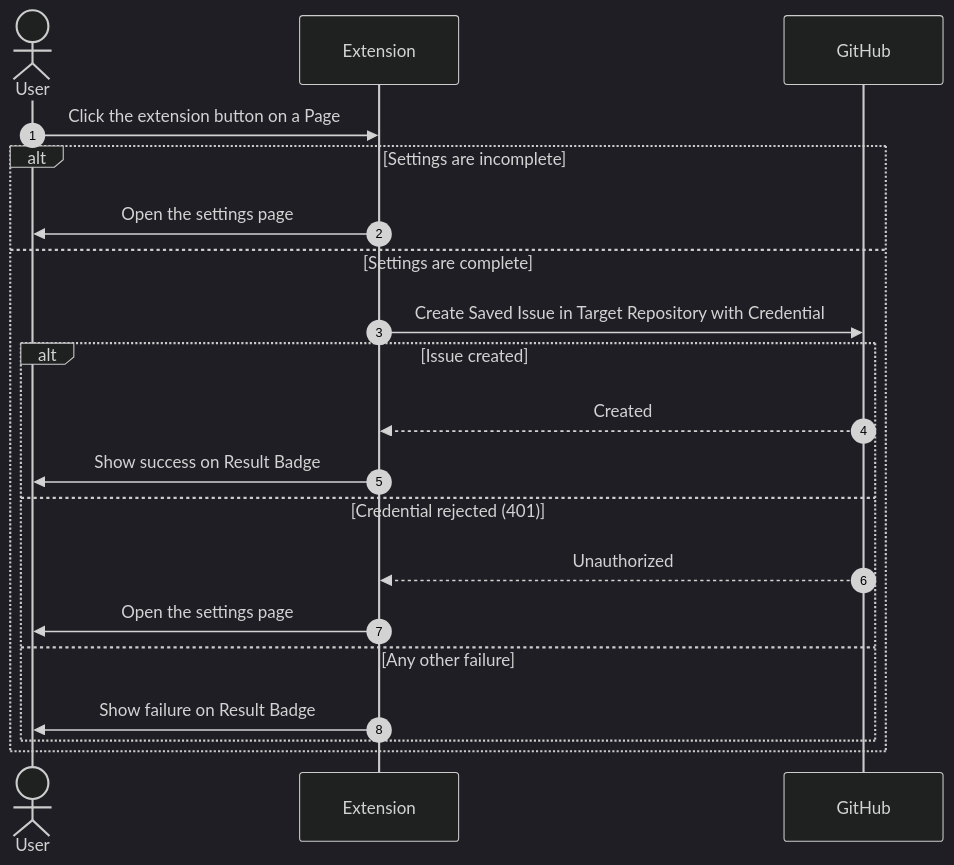
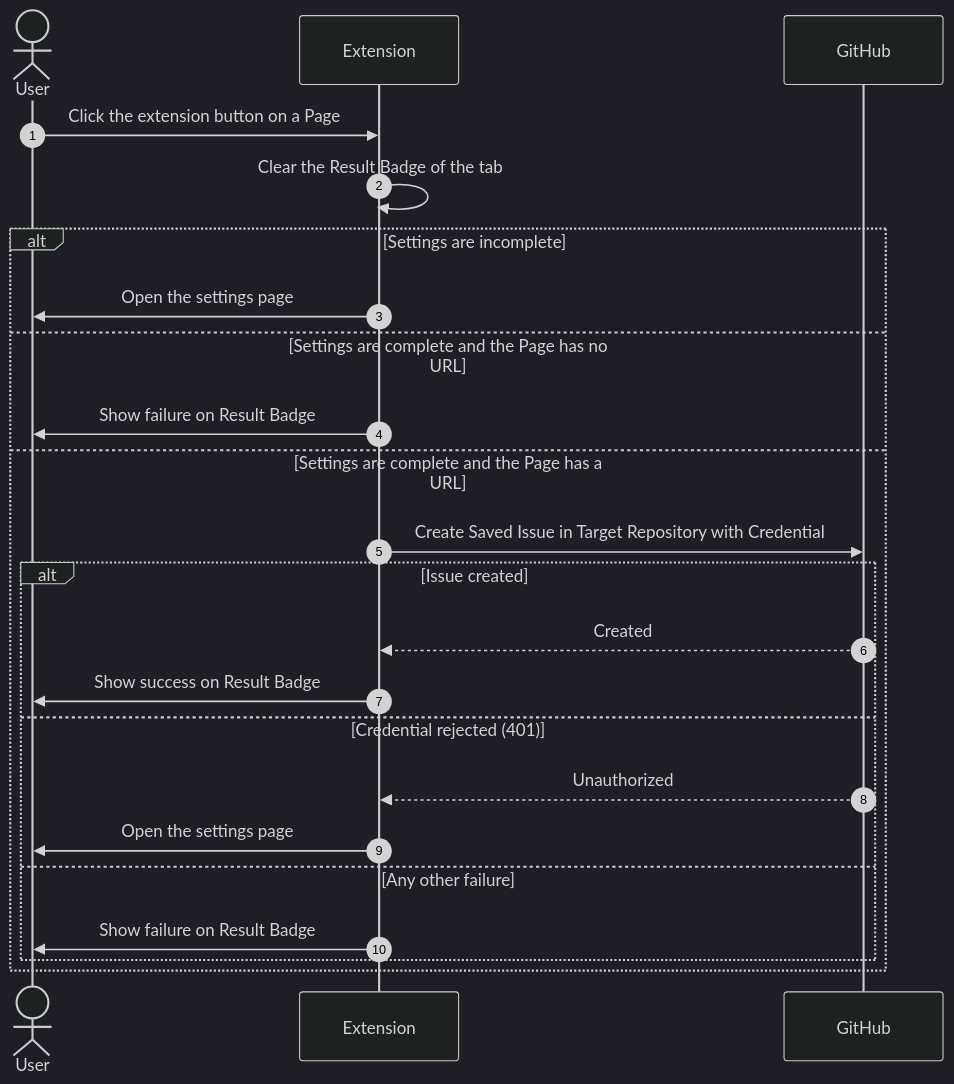
The second of 2 diagrams in docs/design/one-click-github-issue.md (maro114510/one-click-github-issue), drawn with Mermaid (dark theme) before and after one commit. The commit also changed other lines of this file and 2 other files, not shown here.

````diff
--- a/docs/design/one-click-github-issue.md
+++ b/docs/design/one-click-github-issue.md
@@ -37,22 +37,25 @@
 ```mermaid
 sequenceDiagram
     autonumber
     actor User
     participant Extension
     participant GitHub
     User->>Extension: Click the extension button on a Page
+    Extension->>Extension: Clear the Result Badge of the tab
     alt Settings are incomplete
         Extension->>User: Open the settings page
-    else Settings are complete
+    else Settings are complete and the Page has no URL
+        Extension->>User: Show failure on Result Badge
+    else Settings are complete and the Page has a URL
         Extension->>GitHub: Create Saved Issue in Target Repository with Credential
         alt Issue created
             GitHub-->>Extension: Created
             Extension->>User: Show success on Result Badge
         else Credential rejected (401)
             GitHub-->>Extension: Unauthorized
             Extension->>User: Open the settings page
         else Any other failure
             Extension->>User: Show failure on Result Badge
         end
     end
 ```
````
